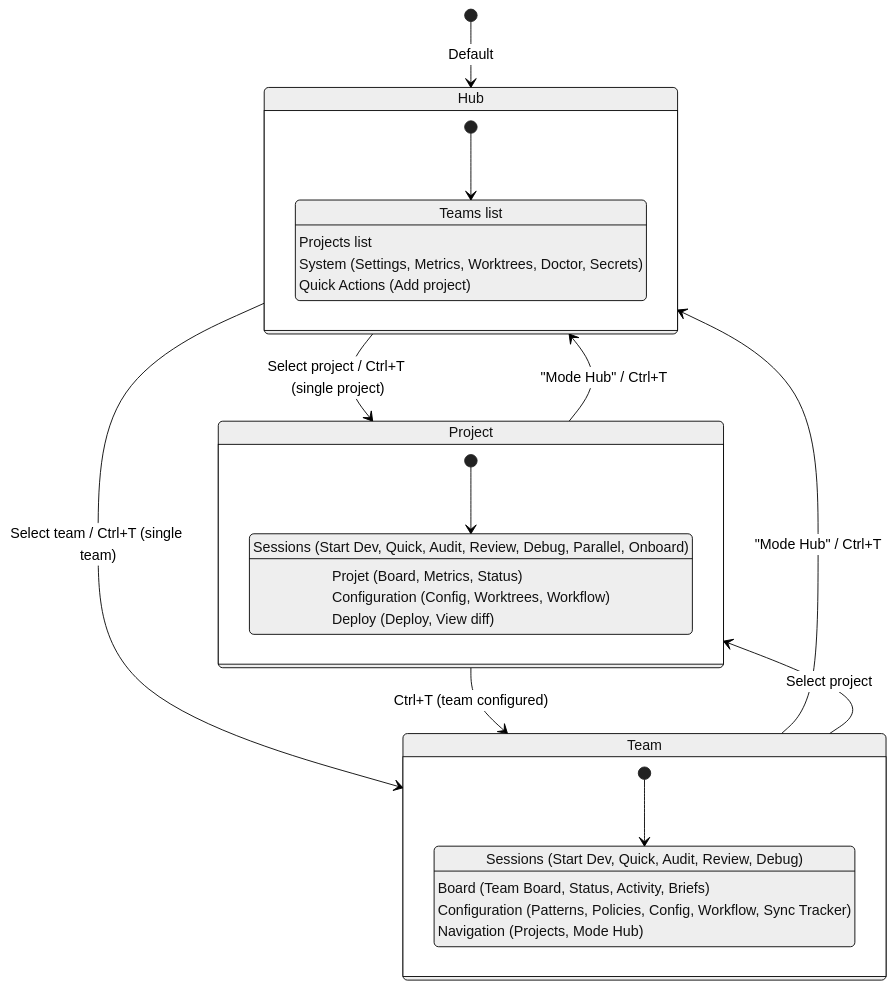
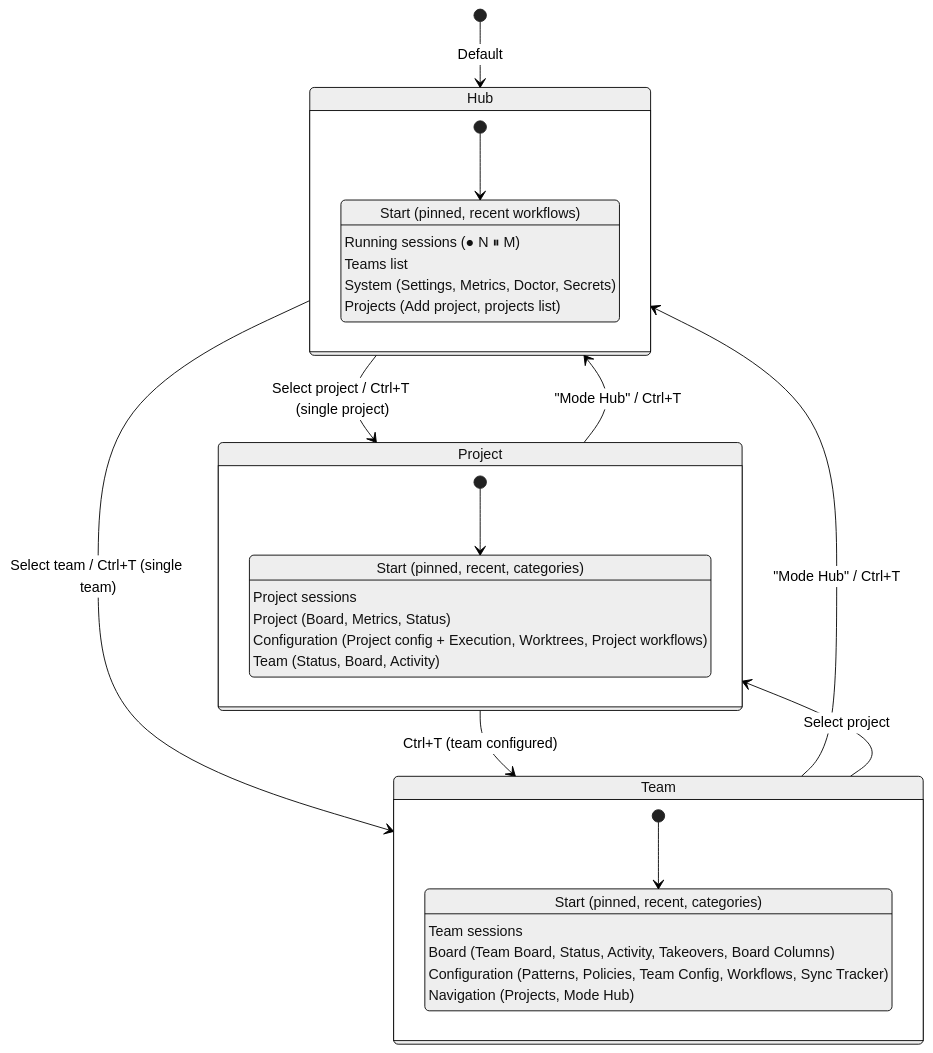
Before and after one commit to datichb/openhub: the diagram in docs/diagrams/tui-navigation-modes.mermaid, drawn with Mermaid (neutral theme). The commit also changed 23 other files, not shown here.

Commit message:
docs(diagrams): diagrammes v5 refaits (vue système, livraison des skills, parcours, commandes, cascade des modèles, couches de workflow, carte des workflows, TUI, équipe, agents) + cycle de vie d'une session et topologie local/conteneur/distant, SVG régénérés avec mmdc (v5 finalisation, DOC2)

```diff
--- a/docs/diagrams/tui-navigation-modes.mermaid
+++ b/docs/diagrams/tui-navigation-modes.mermaid
@@ -1,35 +1,41 @@
+%% OpenHub -- TUI navigation modes (v5)
+%% Hub, project and team modes and their home sections.
+
 stateDiagram-v2
     [*] --> Hub : Default
 
     Hub --> Project : Select project / Ctrl+T (single project)
     Hub --> Team : Select team / Ctrl+T (single team)
 
     Project --> Hub : "Mode Hub" / Ctrl+T
     Project --> Team : Ctrl+T (team configured)
 
     Team --> Hub : "Mode Hub" / Ctrl+T
     Team --> Project : Select project
 
     state Hub {
         [*] --> HubHome
+        HubHome : Start (pinned, recent workflows)
+        HubHome : Running sessions (● N ⏸ M)
         HubHome : Teams list
-        HubHome : Projects list
-        HubHome : System (Settings, Metrics, Worktrees, Doctor, Secrets)
-        HubHome : Quick Actions (Add project)
+        HubHome : System (Settings, Metrics, Doctor, Secrets)
+        HubHome : Projects (Add project, projects list)
     }
 
     state Project {
         [*] --> ProjectHome
-        ProjectHome : Sessions (Start Dev, Quick, Audit, Review, Debug, Parallel, Onboard)
-        ProjectHome : Projet (Board, Metrics, Status)
-        ProjectHome : Configuration (Config, Worktrees, Workflow)
-        ProjectHome : Deploy (Deploy, View diff)
+        ProjectHome : Start (pinned, recent, categories)
+        ProjectHome : Project sessions
+        ProjectHome : Project (Board, Metrics, Status)
+        ProjectHome : Configuration (Project config + Execution, Worktrees, Project workflows)
+        ProjectHome : Team (Status, Board, Activity)
     }
 
     state Team {
         [*] --> TeamHome
-        TeamHome : Sessions (Start Dev, Quick, Audit, Review, Debug)
-        TeamHome : Board (Team Board, Status, Activity, Briefs)
-        TeamHome : Configuration (Patterns, Policies, Config, Workflow, Sync Tracker)
+        TeamHome : Start (pinned, recent, categories)
+        TeamHome : Team sessions
+        TeamHome : Board (Team Board, Status, Activity, Takeovers, Board Columns)
+        TeamHome : Configuration (Patterns, Policies, Team Config, Workflows, Sync Tracker)
         TeamHome : Navigation (Projects, Mode Hub)
     }
```
